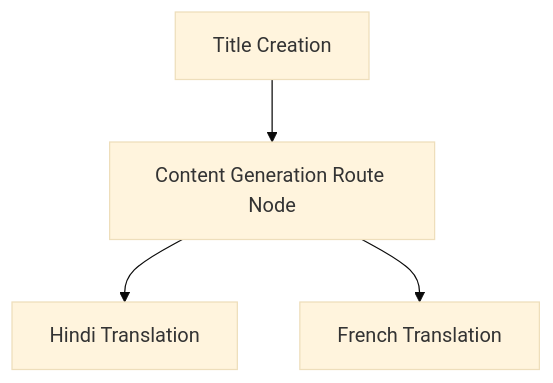
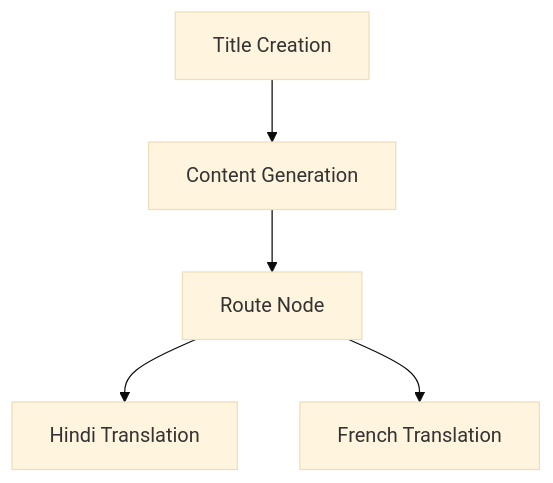
Before and after one commit to LeelaKarthik-26/Agentic-Blog-Generation: the diagram in Graphical Representation/translation-routing-graph.md, drawn with Mermaid (base theme). The commit also changed 2 other files, not shown here.

Commit message:
graph chages

````diff
--- a/Graphical Representation/translation-routing-graph.md
+++ b/Graphical Representation/translation-routing-graph.md
@@ -3,6 +3,6 @@
 ```mermaid
 flowchart TD
-    A[Title Creation] --> B[Content Generation Route Node]
-    B --> C[Hindi Translation]
-    B --> D[French Translation]
+    A[Title Creation] --> B[Content Generation] --> C[Route Node]
+    C --> D[Hindi Translation]
+    C --> E[French Translation]
 ```
````
